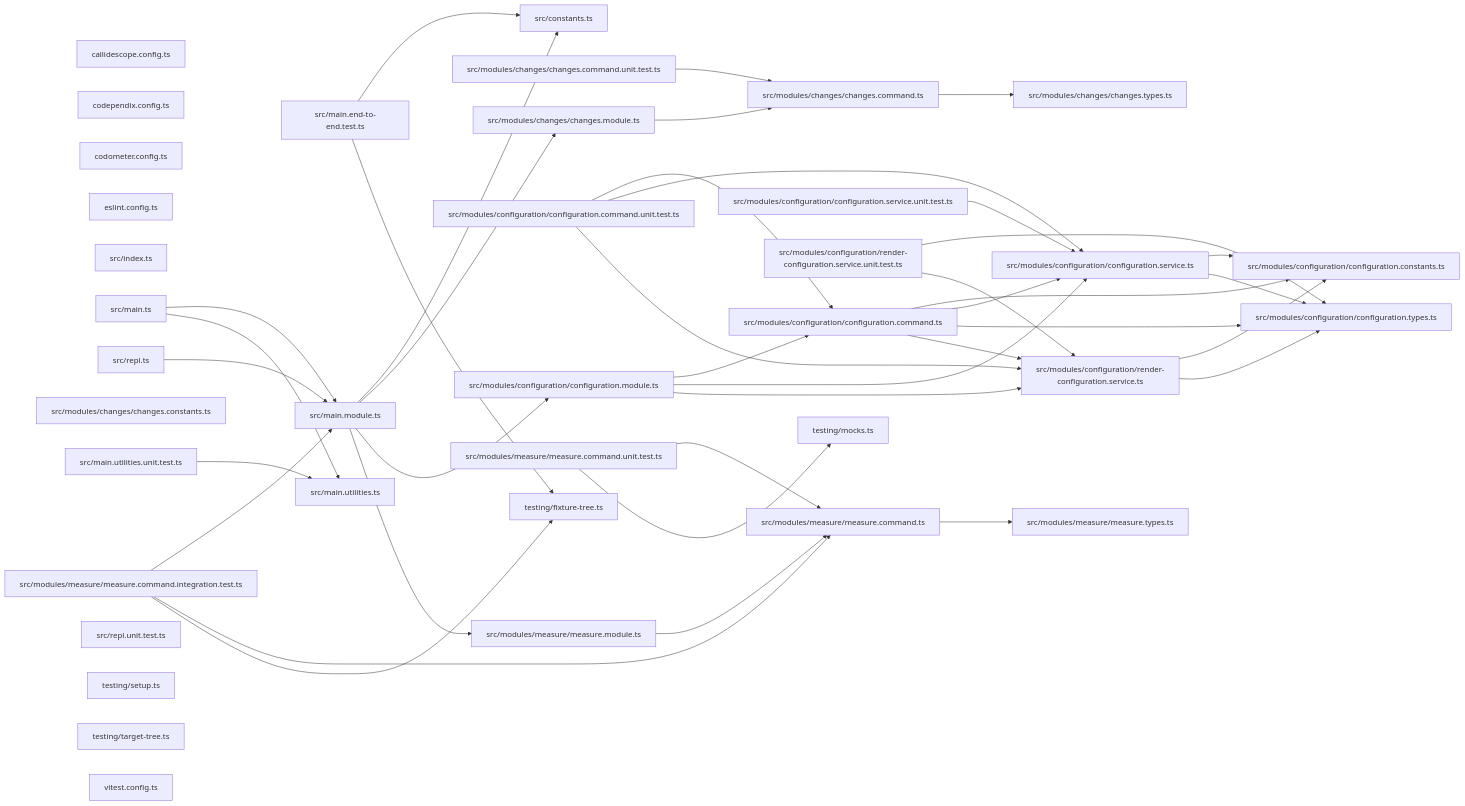
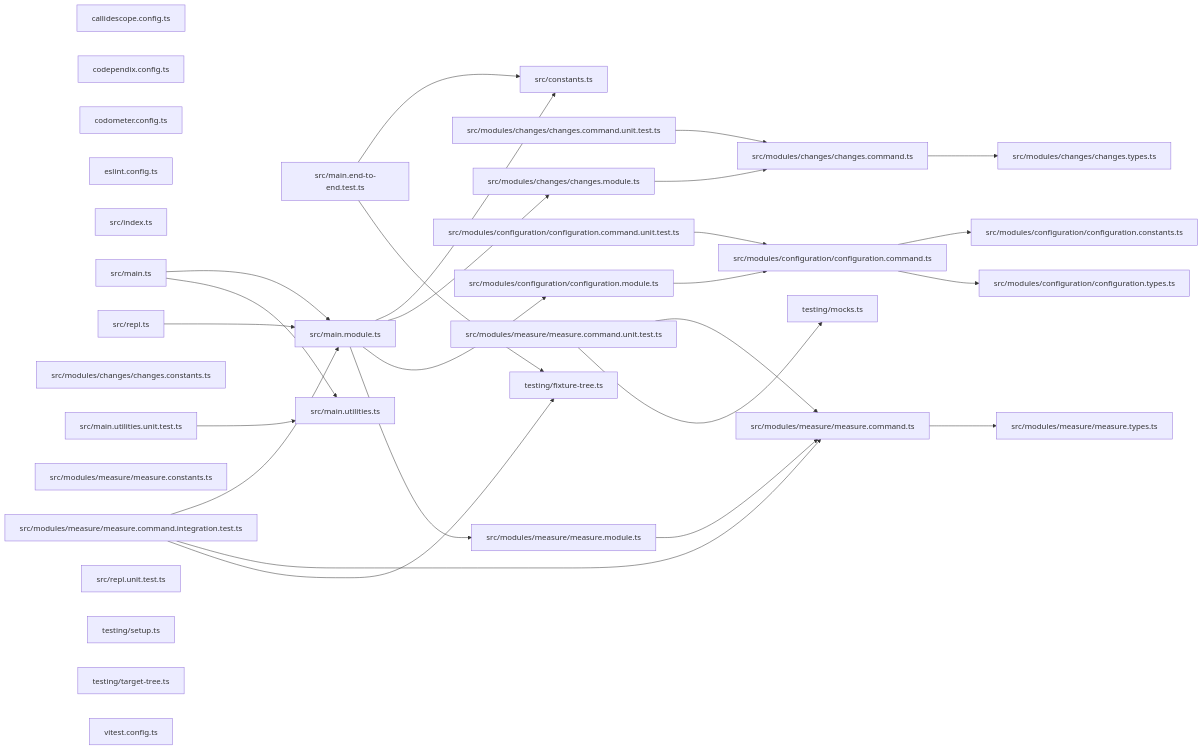
The third of 3 diagrams in packages/ic-suite/codometer/codometer-cli/README.md (JimmyPaolini/codebase), drawn with Mermaid before and after one commit. The commit also changed other lines of this file and 17 other files, not shown here.

````diff
--- a/packages/ic-suite/codometer/codometer-cli/README.md
+++ b/packages/ic-suite/codometer/codometer-cli/README.md
@@ -973,77 +972,61 @@
 ```mermaid
 graph LR
   file_callidescope_config_ts["callidescope.config.ts"]
   file_codependix_config_ts["codependix.config.ts"]
   file_codometer_config_ts["codometer.config.ts"]
   file_eslint_config_ts["eslint.config.ts"]
   file_src_constants_ts["src/constants.ts"]
   file_src_index_ts["src/index.ts"]
   file_src_main_end_to_end_test_ts["src/main.end-to-end.test.ts"]
   file_src_main_module_ts["src/main.module.ts"]
   file_src_main_ts["src/main.ts"]
   file_src_main_utilities_ts["src/main.utilities.ts"]
   file_src_main_utilities_unit_test_ts["src/main.utilities.unit.test.ts"]
   file_src_modules_changes_changes_command_ts["src/modules/changes/changes.command.ts"]
   file_src_modules_changes_changes_command_unit_test_ts["src/modules/changes/changes.command.unit.test.ts"]
   file_src_modules_changes_changes_constants_ts["src/modules/changes/changes.constants.ts"]
   file_src_modules_changes_changes_module_ts["src/modules/changes/changes.module.ts"]
   file_src_modules_changes_changes_types_ts["src/modules/changes/changes.types.ts"]
   file_src_modules_configuration_configuration_command_ts["src/modules/configuration/configuration.command.ts"]
   file_src_modules_configuration_configuration_command_unit_test_ts["src/modules/configuration/configuration.command.unit.test.ts"]
   file_src_modules_configuration_configuration_constants_ts["src/modules/configuration/configuration.constants.ts"]
   file_src_modules_configuration_configuration_module_ts["src/modules/configuration/configuration.module.ts"]
-  file_src_modules_configuration_configuration_service_ts["src/modules/configuration/configuration.service.ts"]
-  file_src_modules_configuration_configuration_service_unit_test_ts["src/modules/configuration/configuration.service.unit.test.ts"]
   file_src_modules_configuration_configuration_types_ts["src/modules/configuration/configuration.types.ts"]
-  file_src_modules_configuration_render_configuration_service_ts["src/modules/configuration/render-configuration.service.ts"]
-  file_src_modules_configuration_render_configuration_service_unit_test_ts["src/modules/configuration/render-configuration.service.unit.test.ts"]
   file_src_modules_measure_measure_command_integration_test_ts["src/modules/measure/measure.command.integration.test.ts"]
   file_src_modules_measure_measure_command_ts["src/modules/measure/measure.command.ts"]
   file_src_modules_measure_measure_command_unit_test_ts["src/modules/measure/measure.command.unit.test.ts"]
+  file_src_modules_measure_measure_constants_ts["src/modules/measure/measure.constants.ts"]
   file_src_modules_measure_measure_module_ts["src/modules/measure/measure.module.ts"]
   file_src_modules_measure_measure_types_ts["src/modules/measure/measure.types.ts"]
   file_src_repl_ts["src/repl.ts"]
   file_src_repl_unit_test_ts["src/repl.unit.test.ts"]
   file_testing_fixture_tree_ts["testing/fixture-tree.ts"]
   file_testing_mocks_ts["testing/mocks.ts"]
   file_testing_setup_ts["testing/setup.ts"]
   file_testing_target_tree_ts["testing/target-tree.ts"]
   file_vitest_config_ts["vitest.config.ts"]
   file_src_main_end_to_end_test_ts --> file_src_constants_ts
   file_src_main_end_to_end_test_ts --> file_testing_fixture_tree_ts
   file_src_main_module_ts --> file_src_constants_ts
   file_src_main_module_ts --> file_src_modules_changes_changes_module_ts
   file_src_main_module_ts --> file_src_modules_configuration_configuration_module_ts
   file_src_main_module_ts --> file_src_modules_measure_measure_module_ts
   file_src_main_ts --> file_src_main_module_ts
   file_src_main_ts --> file_src_main_utilities_ts
   file_src_main_utilities_unit_test_ts --> file_src_main_utilities_ts
   file_src_modules_changes_changes_command_ts --> file_src_modules_changes_changes_types_ts
   file_src_modules_changes_changes_command_unit_test_ts --> file_src_modules_changes_changes_command_ts
   file_src_modules_changes_changes_module_ts --> file_src_modules_changes_changes_command_ts
   file_src_modules_configuration_configuration_command_ts --> file_src_modules_configuration_configuration_constants_ts
-  file_src_modules_configuration_configuration_command_ts --> file_src_modules_configuration_configuration_service_ts
   file_src_modules_configuration_configuration_command_ts --> file_src_modules_configuration_configuration_types_ts
-  file_src_modules_configuration_configuration_command_ts --> file_src_modules_configuration_render_configuration_service_ts
   file_src_modules_configuration_configuration_command_unit_test_ts --> file_src_modules_configuration_configuration_command_ts
-  file_src_modules_configuration_configuration_command_unit_test_ts --> file_src_modules_configuration_configuration_service_ts
-  file_src_modules_configuration_configuration_command_unit_test_ts --> file_src_modules_configuration_render_configuration_service_ts
   file_src_modules_configuration_configuration_module_ts --> file_src_modules_configuration_configuration_command_ts
-  file_src_modules_configuration_configuration_module_ts --> file_src_modules_configuration_configuration_service_ts
-  file_src_modules_configuration_configuration_module_ts --> file_src_modules_configuration_render_configuration_service_ts
-  file_src_modules_configuration_configuration_service_ts --> file_src_modules_configuration_configuration_constants_ts
-  file_src_modules_configuration_configuration_service_ts --> file_src_modules_configuration_configuration_types_ts
-  file_src_modules_configuration_configuration_service_unit_test_ts --> file_src_modules_configuration_configuration_service_ts
-  file_src_modules_configuration_render_configuration_service_ts --> file_src_modules_configuration_configuration_constants_ts
-  file_src_modules_configuration_render_configuration_service_ts --> file_src_modules_configuration_configuration_types_ts
-  file_src_modules_configuration_render_configuration_service_unit_test_ts --> file_src_modules_configuration_configuration_types_ts
-  file_src_modules_configuration_render_configuration_service_unit_test_ts --> file_src_modules_configuration_render_configuration_service_ts
   file_src_modules_measure_measure_command_integration_test_ts --> file_src_main_module_ts
   file_src_modules_measure_measure_command_integration_test_ts --> file_src_modules_measure_measure_command_ts
   file_src_modules_measure_measure_command_integration_test_ts --> file_testing_fixture_tree_ts
   file_src_modules_measure_measure_command_ts --> file_src_modules_measure_measure_types_ts
   file_src_modules_measure_measure_command_unit_test_ts --> file_src_modules_measure_measure_command_ts
   file_src_modules_measure_measure_command_unit_test_ts --> file_testing_mocks_ts
   file_src_modules_measure_measure_module_ts --> file_src_modules_measure_measure_command_ts
   file_src_repl_ts --> file_src_main_module_ts
 ```
````
